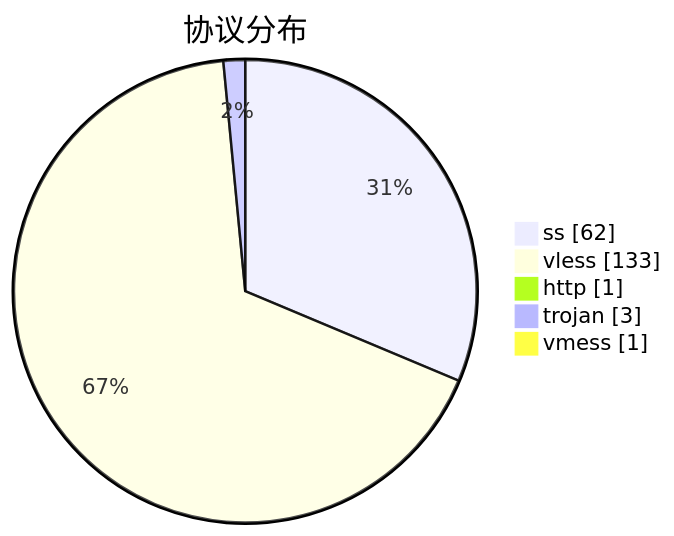
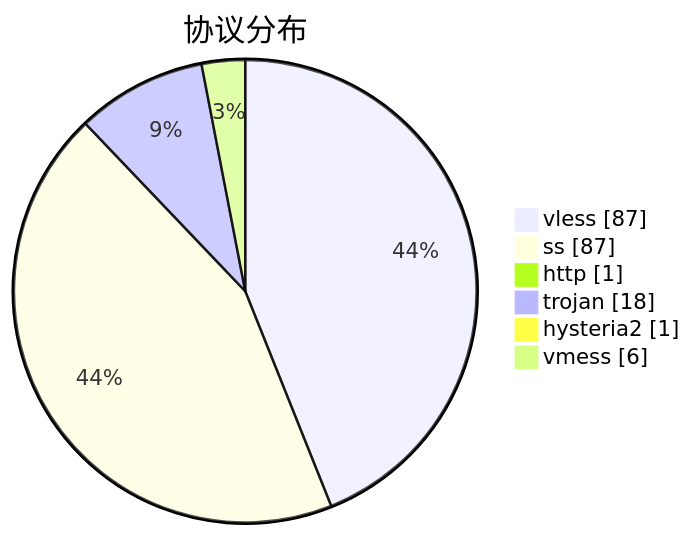
Before and after one commit to qjlxg/airport: the third of 3 diagrams in subs/statistics/tested_within.md, drawn with Mermaid. The commit also changed other lines of this file and 2 other files, not shown here.

````diff
--- a/subs/statistics/tested_within.md
+++ b/subs/statistics/tested_within.md
@@ -24,9 +27,10 @@
 ```mermaid
 pie showData
 title 协议分布
-"ss" : 62
-"vless" : 133
+"vless" : 87
+"ss" : 87
 "http" : 1
-"trojan" : 3
-"vmess" : 1
+"trojan" : 18
+"hysteria2" : 1
+"vmess" : 6
 ```
````
